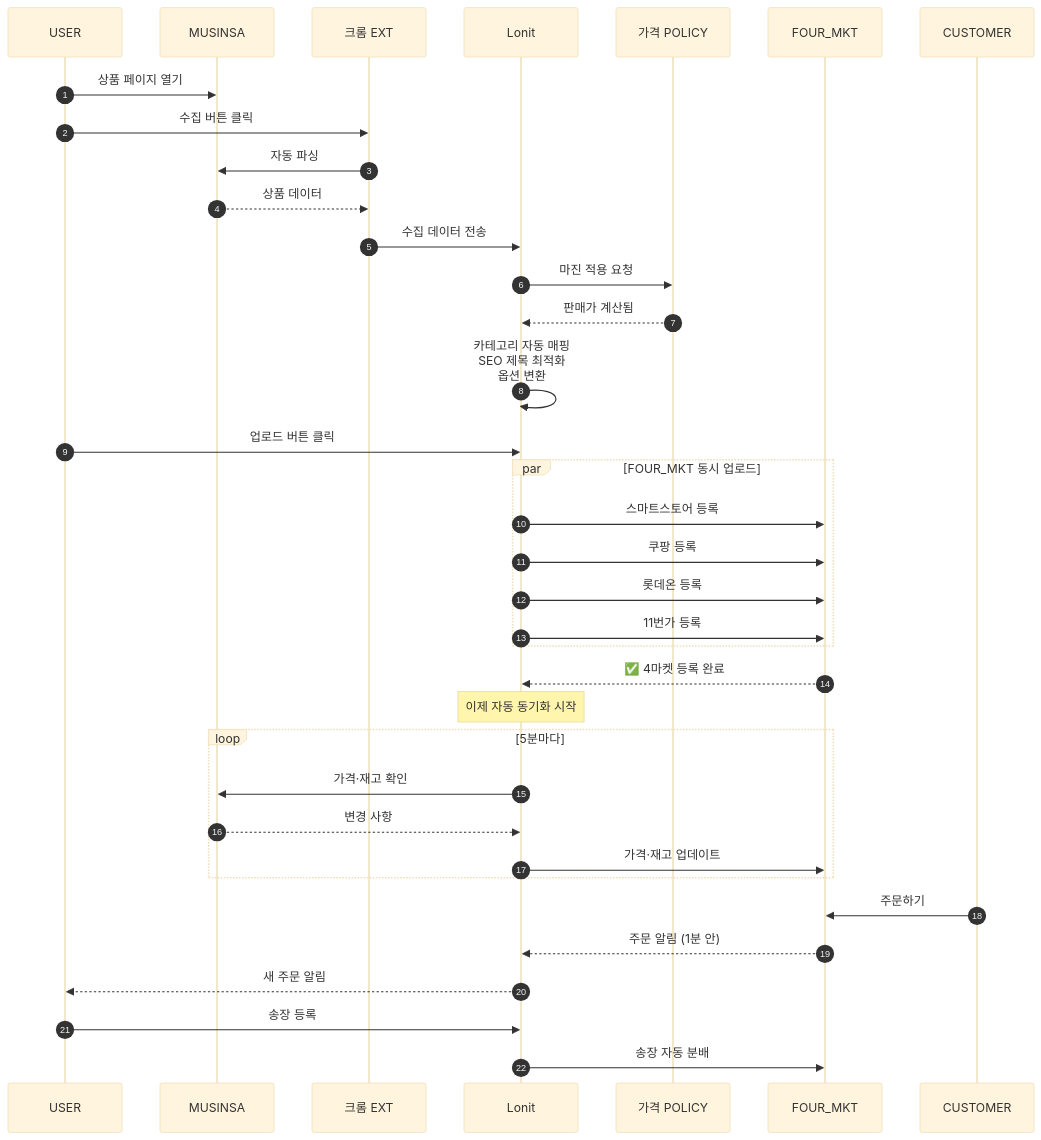
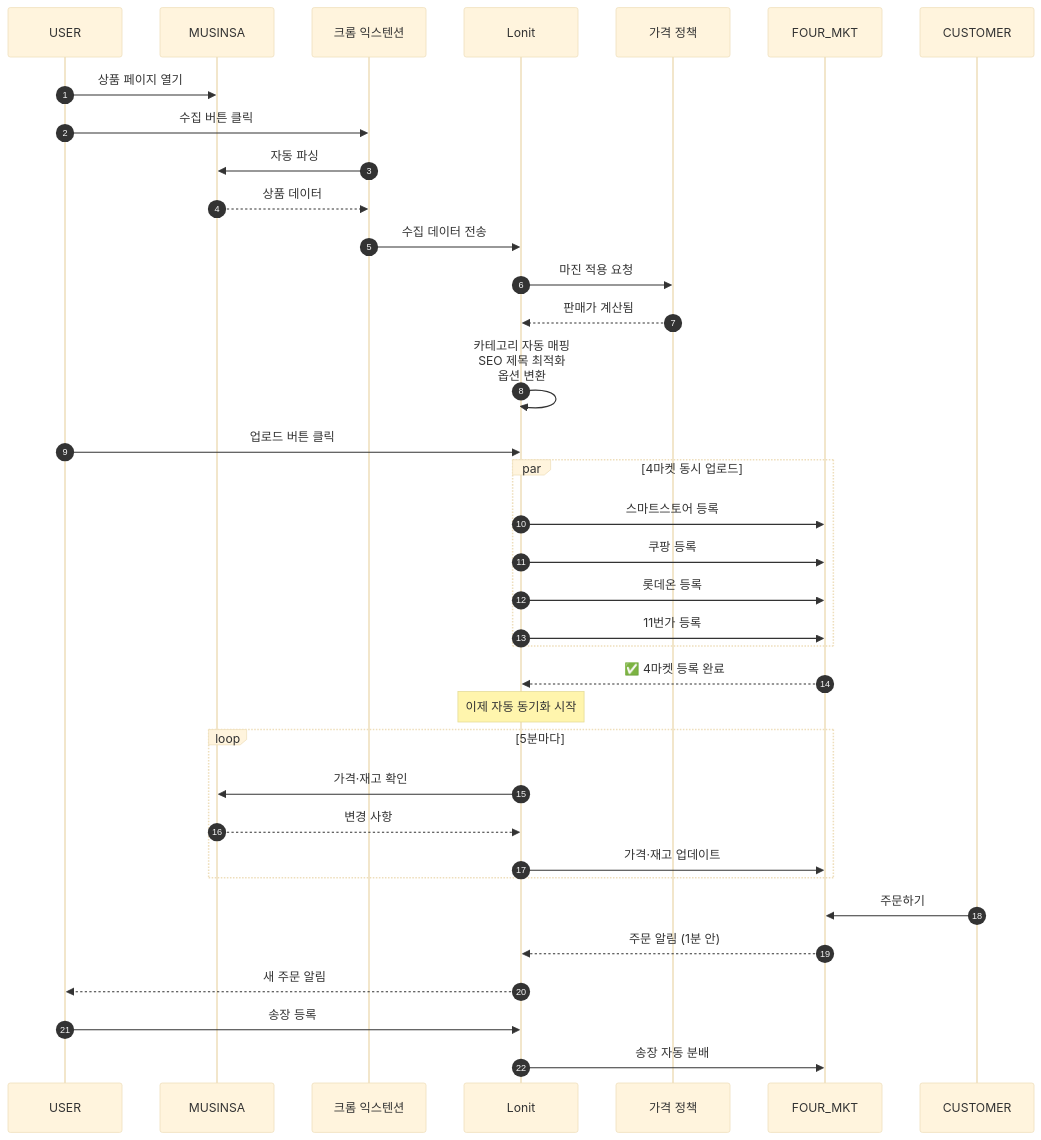
Before and after one commit to cksdud5785-design/lonit-manual: the seventh of 10 diagrams in docs/02-architecture.md, drawn with Mermaid (base theme). The commit also changed other lines of this file and 4 other files, not shown here.

First line of the commit message:
fix: mermaid 라벨 false positive 한국어 복원

````diff
--- a/docs/02-architecture.md
+++ b/docs/02-architecture.md
@@ -195,45 +195,45 @@
 ```mermaid
 sequenceDiagram
     autonumber
     participant USER as USER
     participant MUSINSA as MUSINSA
-    participant EXT as 크롬 EXT
+    participant EXT as 크롬 익스텐션
     participant Lonit
-    participant POLICY as 가격 POLICY
+    participant POLICY as 가격 정책
     participant FOUR_MKT
     participant CUSTOMER as CUSTOMER
     USER->>MUSINSA: 상품 페이지 열기
     USER->>EXT: 수집 버튼 클릭
     EXT->>MUSINSA: 자동 파싱
     MUSINSA-->>EXT: 상품 데이터
     EXT->>Lonit: 수집 데이터 전송
     
     Lonit->>POLICY: 마진 적용 요청
     POLICY-->>Lonit: 판매가 계산됨
     
     Lonit->>Lonit: 카테고리 자동 매핑<br>SEO 제목 최적화<br>옵션 변환
     
     USER->>Lonit: 업로드 버튼 클릭
-    par FOUR_MKT 동시 업로드
+    par 4마켓 동시 업로드
         Lonit->>FOUR_MKT: 스마트스토어 등록
         Lonit->>FOUR_MKT: 쿠팡 등록
         Lonit->>FOUR_MKT: 롯데온 등록
         Lonit->>FOUR_MKT: 11번가 등록
     end
     FOUR_MKT-->>Lonit: ✅ 4마켓 등록 완료
     
     Note over Lonit: 이제 자동 동기화 시작
     
     loop 5분마다
         Lonit->>MUSINSA: 가격·재고 확인
         MUSINSA-->>Lonit: 변경 사항
         Lonit->>FOUR_MKT: 가격·재고 업데이트
     end
     
     CUSTOMER->>FOUR_MKT: 주문하기
     FOUR_MKT-->>Lonit: 주문 알림 (1분 안)
     Lonit-->>USER: 새 주문 알림
     
     USER->>Lonit: 송장 등록
     Lonit->>FOUR_MKT: 송장 자동 분배
 ```
````
